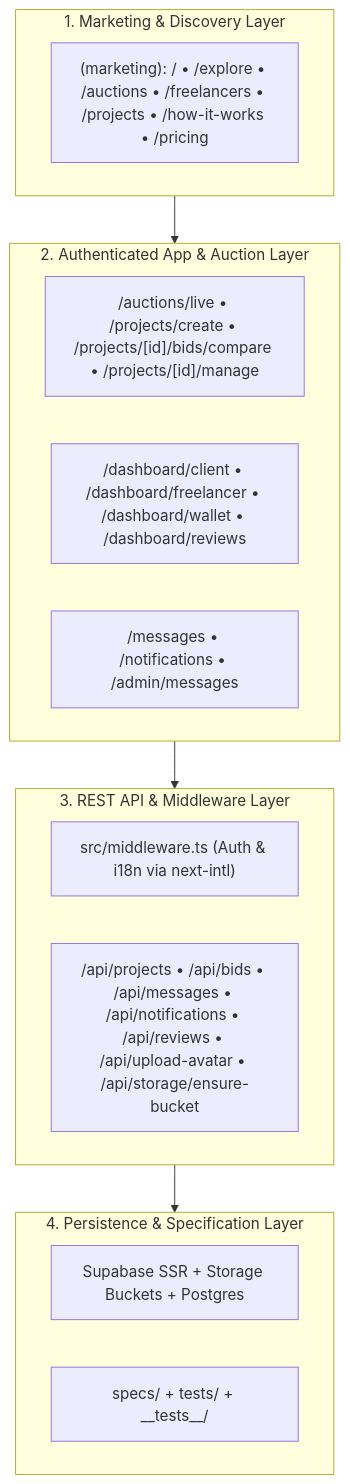
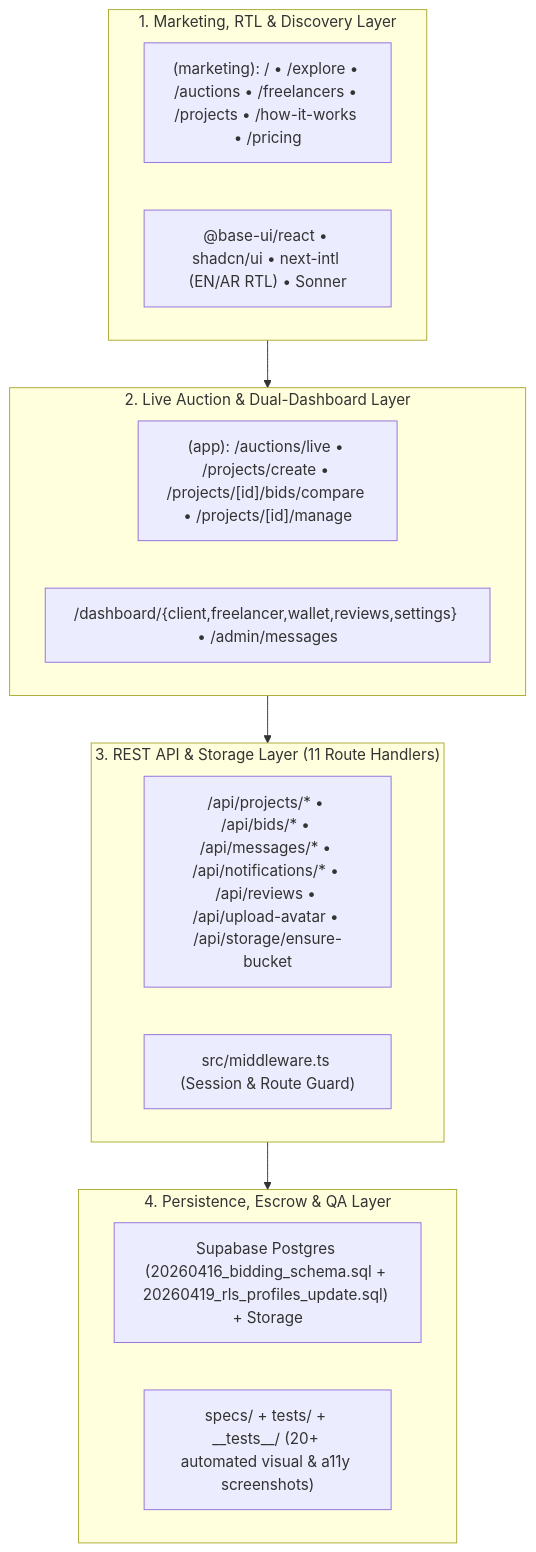
The first of 2 diagrams in README.md (islamsamyy/naafs), drawn with Mermaid before and after one commit. The commit also changed other lines of this file, not shown here.

Commit message:
docs: add ultra-detailed architecture, schemas, visual showcase, APIs, and business ROI

````diff
--- a/README.md
+++ b/README.md
@@ -14,24 +43,24 @@
 ```mermaid
 flowchart TB
-    subgraph L1["1. Marketing & Discovery Layer"]
+    subgraph L1["1. Marketing, RTL & Discovery Layer"]
         Mkt["(marketing): / • /explore • /auctions • /freelancers • /projects • /how-it-works • /pricing"]
+        UI["@base-ui/react • shadcn/ui • next-intl (EN/AR RTL) • Sonner"]
     end
 
-    subgraph L2["2. Authenticated App & Auction Layer"]
-        Auction["/auctions/live • /projects/create • /projects/[id]/bids/compare • /projects/[id]/manage"]
-        Dash["/dashboard/client • /dashboard/freelancer • /dashboard/wallet • /dashboard/reviews"]
-        Comms["/messages • /notifications • /admin/messages"]
+    subgraph L2["2. Live Auction & Dual-Dashboard Layer"]
+        App["(app): /auctions/live • /projects/create • /projects/[id]/bids/compare • /projects/[id]/manage"]
+        Dash["/dashboard/{client,freelancer,wallet,reviews,settings} • /admin/messages"]
     end
 
-    subgraph L3["3. REST API & Middleware Layer"]
-        MW["src/middleware.ts (Auth & i18n via next-intl)"]
-        API["/api/projects • /api/bids • /api/messages • /api/notifications • /api/reviews • /api/upload-avatar • /api/storage/ensure-bucket"]
+    subgraph L3["3. REST API & Storage Layer (11 Route Handlers)"]
+        API["/api/projects/* • /api/bids/* • /api/messages/* • /api/notifications/* • /api/reviews • /api/upload-avatar • /api/storage/ensure-bucket"]
+        MW["src/middleware.ts (Session & Route Guard)"]
     end
 
-    subgraph L4["4. Persistence & Specification Layer"]
-        Supa["Supabase SSR + Storage Buckets + Postgres"]
-        Specs["specs/ + tests/ + __tests__/"]
+    subgraph L4["4. Persistence, Escrow & QA Layer"]
+        Supa["Supabase Postgres (20260416_bidding_schema.sql + 20260419_rls_profiles_update.sql) + Storage"]
+        Tests["specs/ + tests/ + __tests__/ (20+ automated visual & a11y screenshots)"]
     end
 
     L1 --> L2 --> L3 --> L4
 ```
````
